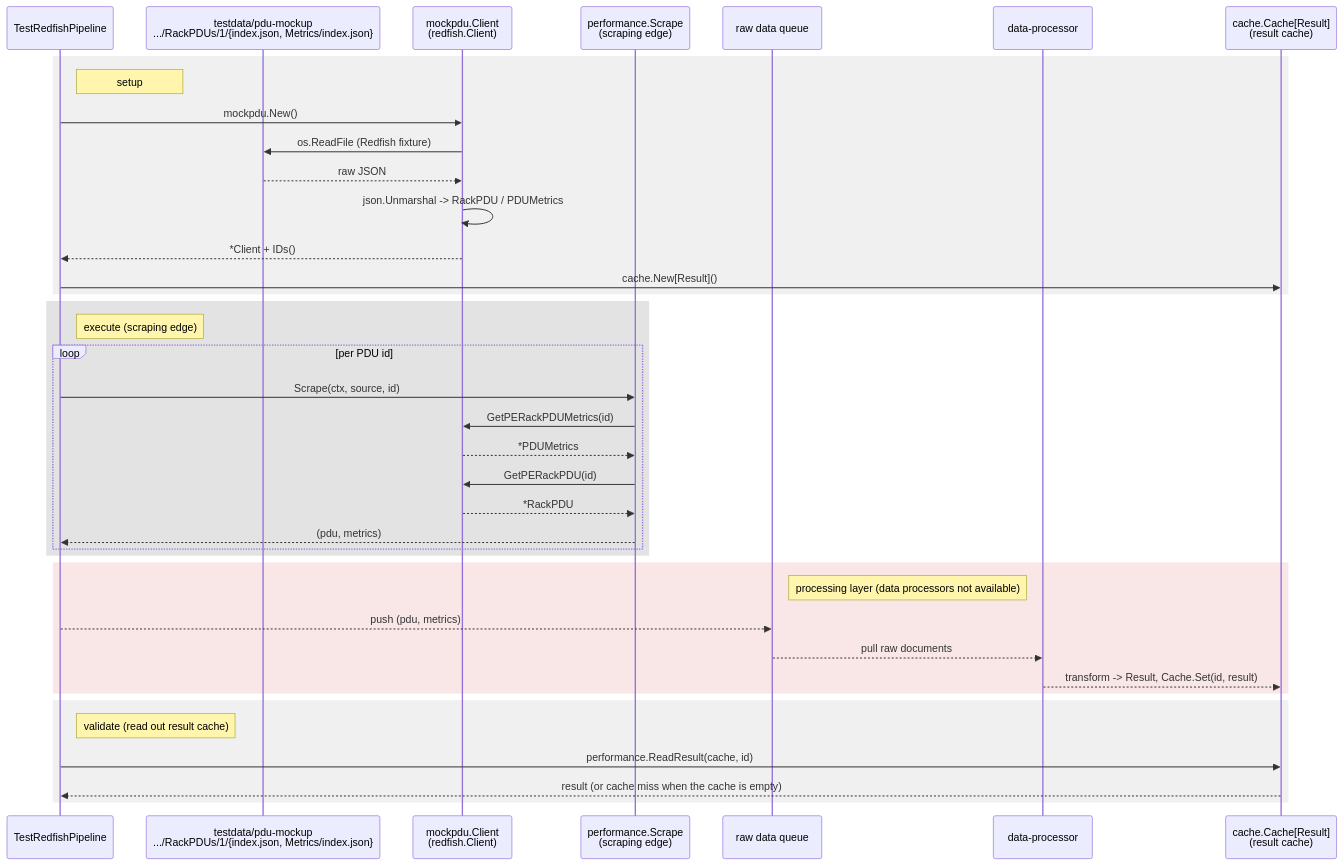
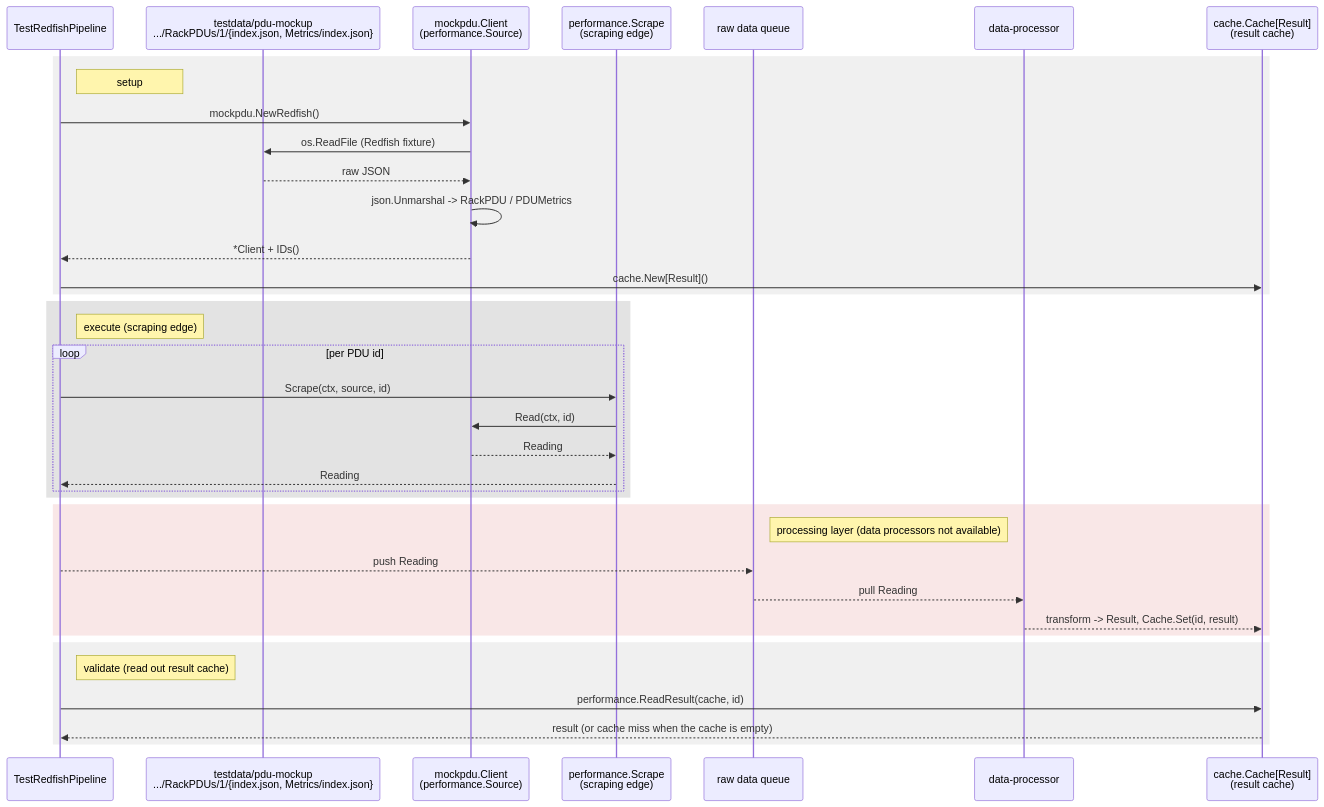
One commit to cloudoperators/rootstock changed the second of 2 diagrams in docs/testing/performance-testing.md. Above: the diagram before and after it, drawn with Mermaid. The commit also changed other lines of this file and 8 other files, not shown here.

````diff
--- a/docs/testing/performance-testing.md
+++ b/docs/testing/performance-testing.md
@@ -126,45 +139,43 @@
 ```mermaid
 sequenceDiagram
     participant Test as TestRedfishPipeline
     participant Data as testdata/pdu-mockup<br/>.../RackPDUs/1/{index.json, Metrics/index.json}
-    participant Mock as mockpdu.Client<br/>(redfish.Client)
+    participant Mock as mockpdu.Client<br/>(performance.Source)
     participant Scrape as performance.Scrape<br/>(scraping edge)
     participant Queue as raw data queue
     participant Proc as data-processor
     participant Cache as cache.Cache[Result]<br/>(result cache)
 
     rect rgba(128, 128, 128, 0.12)
         note right of Test: setup
-        Test->>Mock: mockpdu.New()
+        Test->>Mock: mockpdu.NewRedfish()
         Mock->>Data: os.ReadFile (Redfish fixture)
         Data-->>Mock: raw JSON
         Mock->>Mock: json.Unmarshal -> RackPDU / PDUMetrics
         Mock-->>Test: *Client + IDs()
         Test->>Cache: cache.New[Result]()
     end
 
     rect rgba(128, 128, 128, 0.22)
         note right of Test: execute (scraping edge)
         loop per PDU id
             Test->>Scrape: Scrape(ctx, source, id)
-            Scrape->>Mock: GetPERackPDUMetrics(id)
-            Mock-->>Scrape: *PDUMetrics
-            Scrape->>Mock: GetPERackPDU(id)
-            Mock-->>Scrape: *RackPDU
-            Scrape-->>Test: (pdu, metrics)
+            Scrape->>Mock: Read(ctx, id)
+            Mock-->>Scrape: Reading
+            Scrape-->>Test: Reading
         end
     end
 
     rect rgba(220, 120, 120, 0.18)
         note right of Queue: processing layer (data processors not available)
-        Test-->>Queue: push (pdu, metrics)
-        Queue-->>Proc: pull raw documents
+        Test-->>Queue: push Reading
+        Queue-->>Proc: pull Reading
         Proc-->>Cache: transform -> Result, Cache.Set(id, result)
     end
 
     rect rgba(128, 128, 128, 0.12)
         note right of Test: validate (read out result cache)
         Test->>Cache: performance.ReadResult(cache, id)
         Cache-->>Test: result (or cache miss when the cache is empty)
     end
 ```
````
